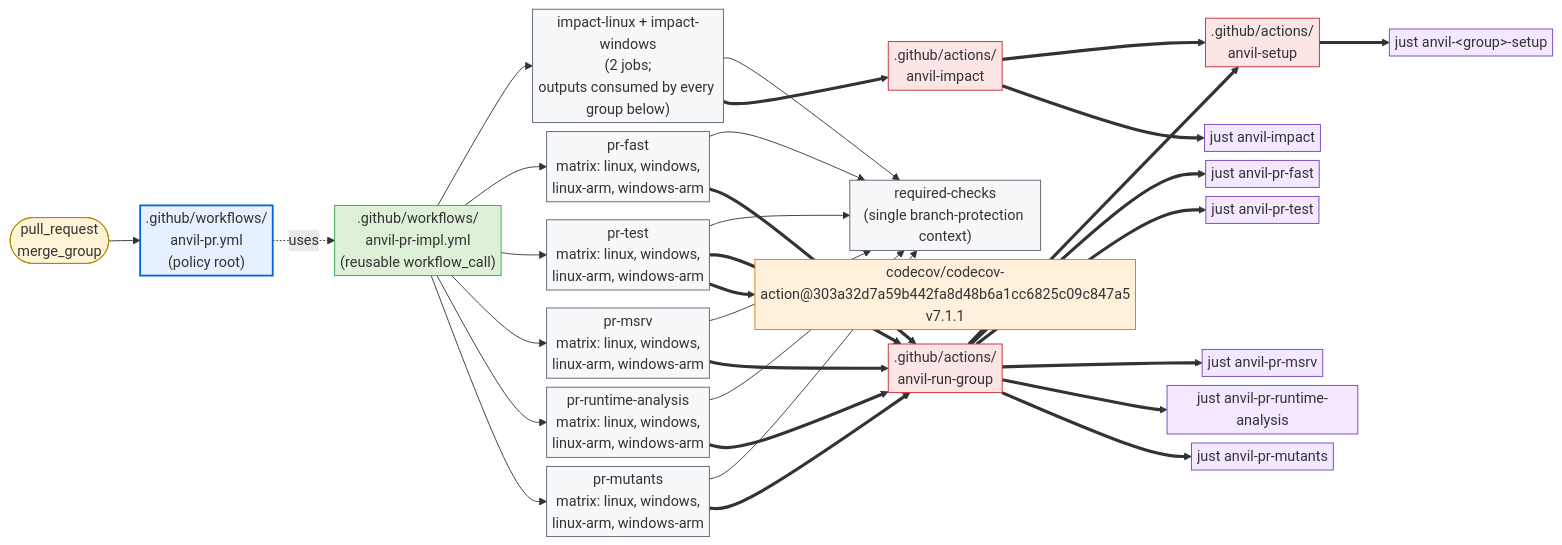
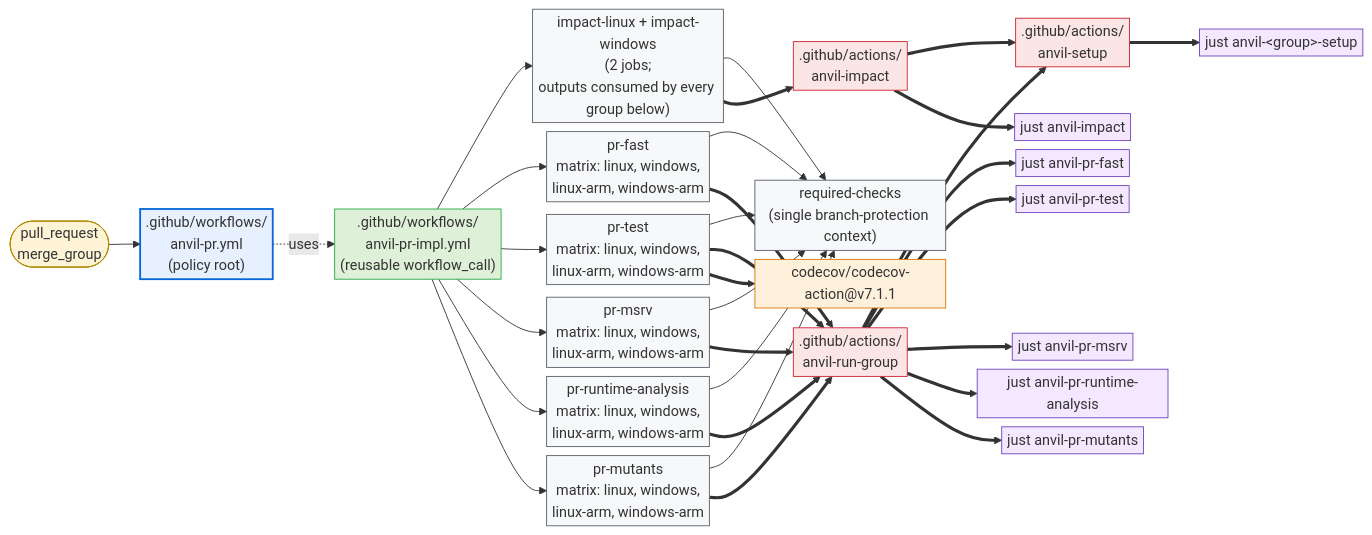
Before and after one commit to microsoft/ox-tools: the first of 2 diagrams in crates/cargo-anvil/docs/design/github.md, drawn with Mermaid. The commit also changed other lines of this file and 4 other files, not shown here.

````diff
--- a/crates/cargo-anvil/docs/design/github.md
+++ b/crates/cargo-anvil/docs/design/github.md
@@ -53,66 +53,66 @@
 ```mermaid
 %%{init: {"flowchart": {"nodeSpacing": 10, "rankSpacing": 35, "padding": 3}, "themeVariables": {"fontSize": "16px"}}}%%
 flowchart LR
     pr_evt([pull_request<br/>merge_group]):::trigger
     pr_root[".github/workflows/<br/>anvil-pr.yml<br/>(policy root)"]:::root
     pr_impl[".github/workflows/<br/>anvil-pr-impl.yml<br/>(reusable workflow_call)"]:::impl
     impact["impact-linux + impact-windows<br/>(2 jobs;<br/>outputs consumed by every group below)"]:::job
     pr_fast_job["pr-fast<br/>matrix: linux, windows,<br/>linux-arm, windows-arm"]:::job
     pr_test_job["pr-test<br/>matrix: linux, windows,<br/>linux-arm, windows-arm"]:::job
     pr_msrv_job["pr-msrv<br/>matrix: linux, windows,<br/>linux-arm, windows-arm"]:::job
     pr_runtime_analysis_job["pr-runtime-analysis<br/>matrix: linux, windows,<br/>linux-arm, windows-arm"]:::job
     pr_mutants_job["pr-mutants<br/>matrix: linux, windows,<br/>linux-arm, windows-arm"]:::job
     required_checks["required-checks<br/>(single branch-protection context)"]:::job
     impact_act[".github/actions/<br/>anvil-impact"]:::action
     setup_act[".github/actions/<br/>anvil-setup"]:::action
     run_group_act[".github/actions/<br/>anvil-run-group"]:::action
-    codecov_act["codecov/codecov-action@303a32d7a59b442fa8d48b6a1cc6825c09c847a5<br/>v7.1.1"]:::external
+    codecov_act["codecov/codecov-action@v7.1.1"]:::external
     impact_just["just anvil-impact"]:::recipe
     fast_just["just anvil-pr-fast"]:::recipe
     test_just["just anvil-pr-test"]:::recipe
     msrv_just["just anvil-pr-msrv"]:::recipe
     runtime_just["just anvil-pr-runtime-analysis"]:::recipe
     mutants_just["just anvil-pr-mutants"]:::recipe
     setup_just["just anvil-&lt;group&gt;-setup"]:::recipe
 
     pr_evt --> pr_root
     pr_root -. uses .-> pr_impl
     pr_impl --> impact
     pr_impl --> pr_fast_job
     pr_impl --> pr_test_job
     pr_impl --> pr_msrv_job
     pr_impl --> pr_runtime_analysis_job
     pr_impl --> pr_mutants_job
     impact --> required_checks
     pr_fast_job --> required_checks
     pr_test_job --> required_checks
     pr_msrv_job --> required_checks
     pr_runtime_analysis_job --> required_checks
     pr_mutants_job --> required_checks
 
     impact ==> impact_act
     pr_fast_job ==> run_group_act
     pr_test_job ==> run_group_act
     pr_msrv_job ==> run_group_act
     pr_test_job ==> codecov_act
     pr_runtime_analysis_job ==> run_group_act
     pr_mutants_job ==> run_group_act
 
     impact_act ==> setup_act
     impact_act ==> impact_just
     run_group_act ==> setup_act
     run_group_act ==> fast_just
     run_group_act ==> test_just
     run_group_act ==> msrv_just
     run_group_act ==> runtime_just
     run_group_act ==> mutants_just
     setup_act ==> setup_just
 
     classDef trigger fill:#fff4d6,stroke:#b08800,stroke-width:1px;
     classDef root fill:#e6f0ff,stroke:#0366d6,stroke-width:2px;
     classDef impl fill:#dff0d8,stroke:#28a745,stroke-width:1px;
     classDef job fill:#f6f8fa,stroke:#586069,stroke-width:1px;
     classDef action fill:#fce5e5,stroke:#cb2431,stroke-width:1px;
     classDef external fill:#fff0db,stroke:#d97706,stroke-width:1px;
     classDef recipe fill:#f3e8ff,stroke:#6f42c1,stroke-width:1px;
 ```
````
